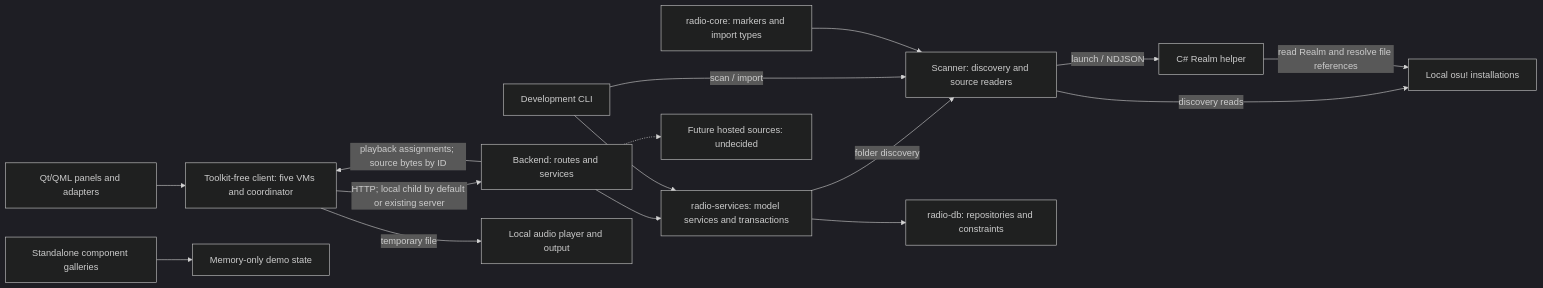
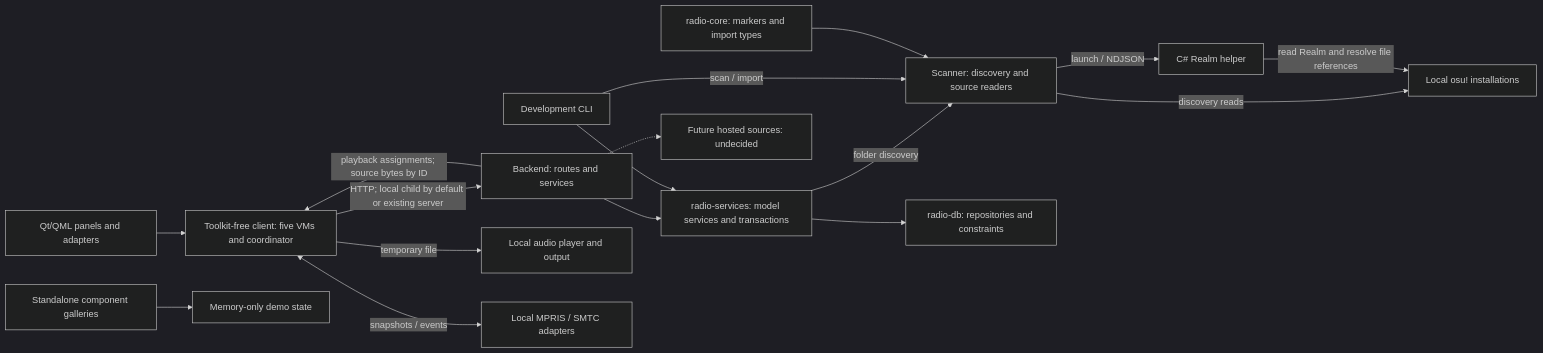
The diagram in docs/agent/index.md (Jayko321/osu-radio), drawn with Mermaid (dark theme) before and after one commit. The commit also changed other lines of this file and 50 other files, not shown here.

Commit message:
feat: add MPRIS and Windows system media controls

````diff
--- a/docs/agent/index.md
+++ b/docs/agent/index.md
@@ -47,18 +48,19 @@
 ```mermaid
 flowchart LR
     Qt["Qt/QML panels and adapters"] --> Client["Toolkit-free client: five VMs and coordinator"]
     Gallery["Standalone component galleries"] --> Mock["Memory-only demo state"]
     Client -->|"HTTP; local child by default or existing server"| Server["Backend: routes and services"]
     Server --> Services["radio-services: model services and transactions"]
     Services -->|"folder discovery"| Scanner["Scanner: discovery and source readers"]
     Services --> DB["radio-db: repositories and constraints"]
     CLI --> Services
     CLI["Development CLI"] -->|"scan / import"| Scanner
     Scanner -->|"discovery reads"| Local["Local osu! installations"]
     Scanner -->|"launch / NDJSON"| Helper["C# Realm helper"]
     Helper -->|"read Realm and resolve file references"| Local
     Core["radio-core: markers and import types"] --> Scanner
     Server -->|"playback assignments; source bytes by ID"| Client
     Client -->|"temporary file"| Audio["Local audio player and output"]
+    Client <-->|"snapshots / events"| Media["Local MPRIS / SMTC adapters"]
     Server -.-> Hosted["Future hosted sources: undecided"]
 ```
````
